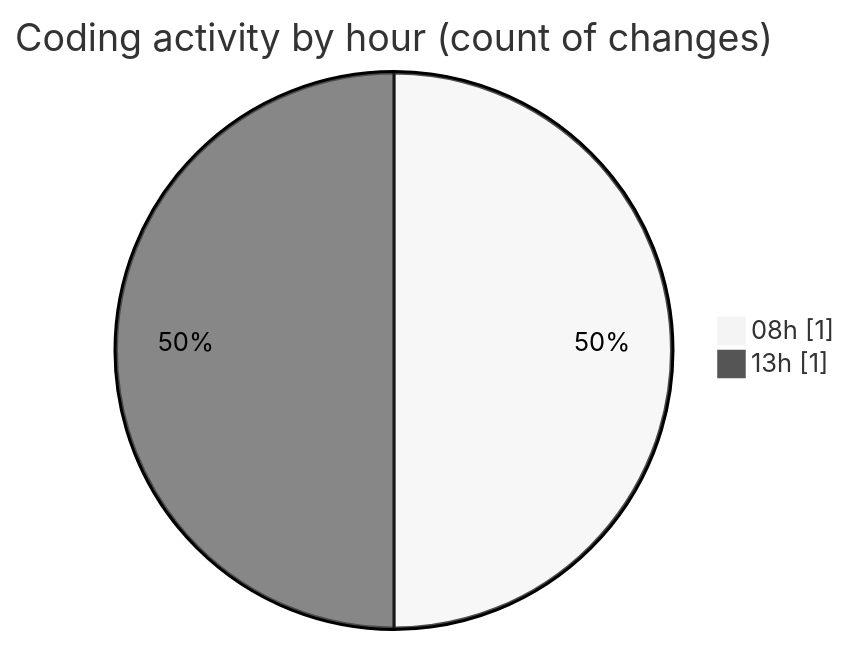
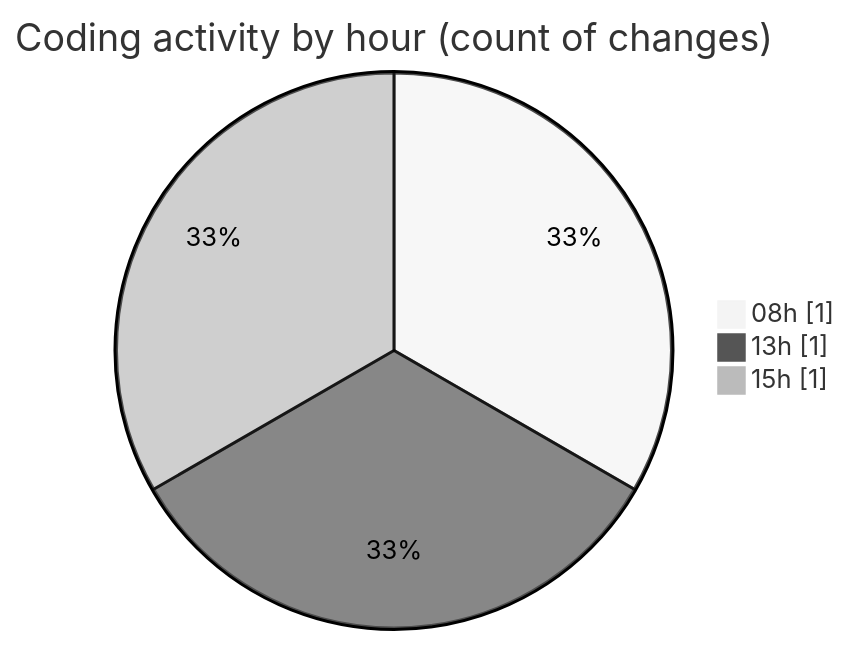
Before and after one commit to ricardozamudiocil/code-tracking: the second of 2 diagrams in 2026-04-06/cilapp/README.md, drawn with Mermaid (neutral theme). The commit also changed other lines of this file and 1 other file, not shown here.

````diff
--- a/2026-04-06/cilapp/README.md
+++ b/2026-04-06/cilapp/README.md
@@ -28,6 +30,7 @@
 ```mermaid
 pie showData
 title Coding activity by hour (count of changes)
 "08h" : 1
 "13h" : 1
+"15h" : 1
 ```
````
